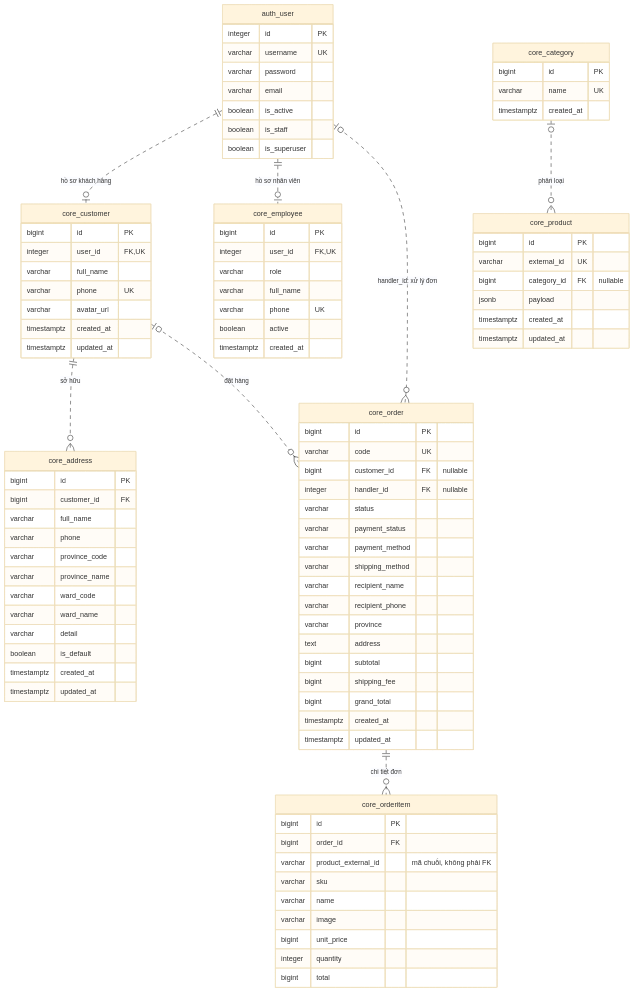
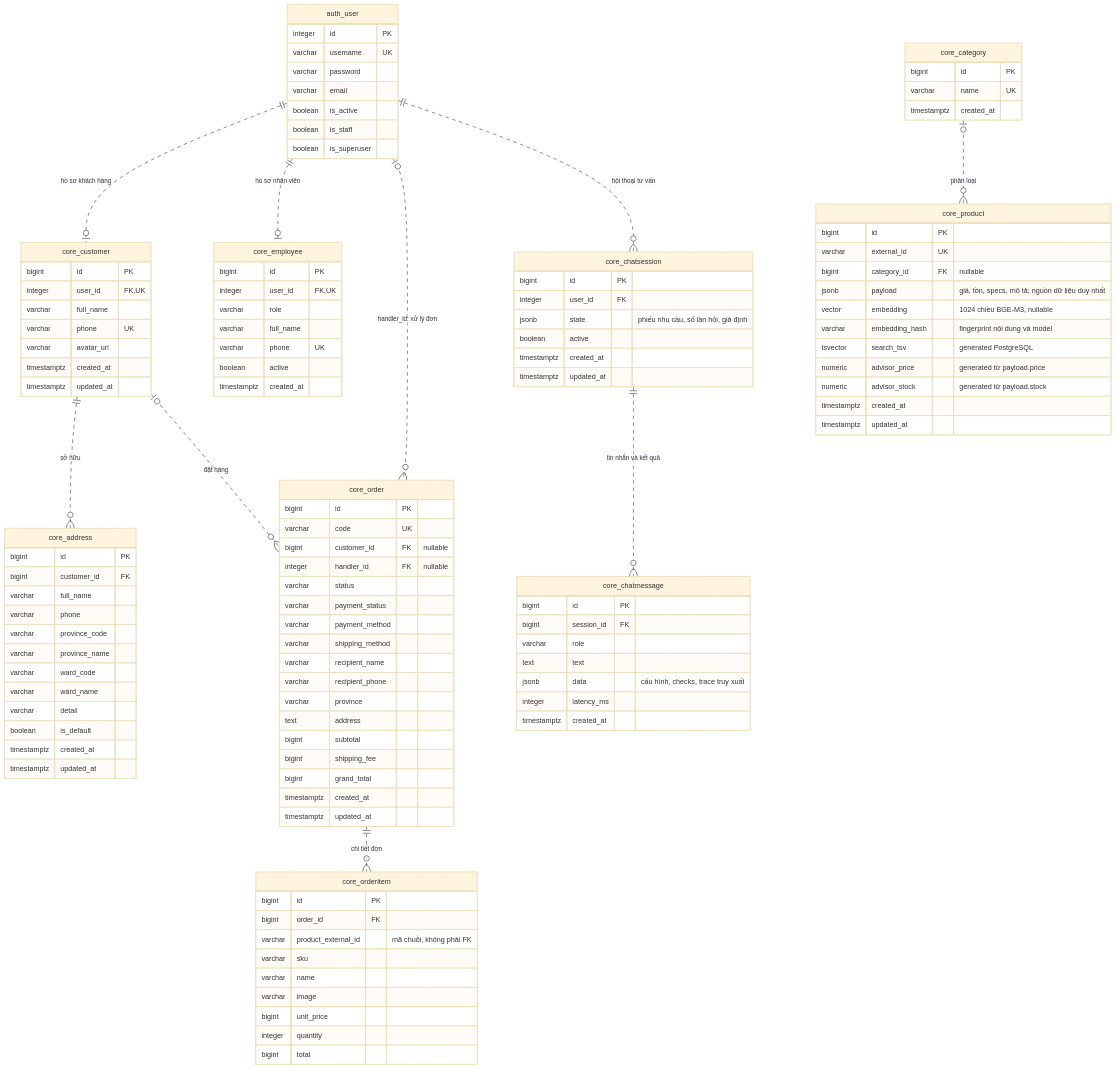
One commit to Ngocvyy6868/doan_tn changed the first of 2 diagrams in docs/database-erd.md. Above: the diagram before and after it, drawn with Mermaid (base theme). The commit also changed other lines of this file and 148 other files, not shown here.

```diff
--- a/docs/database-erd.md
+++ b/docs/database-erd.md
@@ -17,6 +17,26 @@
     core_customer |o..o{ core_order : "đặt hàng"
     core_category |o..o{ core_product : "phân loại"
     core_order ||..o{ core_orderitem : "chi tiết đơn"
+    auth_user ||..o{ core_chatsession : "hội thoại tư vấn"
+    core_chatsession ||..o{ core_chatmessage : "tin nhắn và kết quả"
+
+    core_chatsession {
+        bigint id PK
+        integer user_id FK
+        jsonb state "phiếu nhu cầu, số lần hỏi, giả định"
+        boolean active
+        timestamptz created_at
+        timestamptz updated_at
+    }
+    core_chatmessage {
+        bigint id PK
+        bigint session_id FK
+        varchar role
+        text text
+        jsonb data "cấu hình, checks, trace truy xuất"
+        integer latency_ms
+        timestamptz created_at
+    }
 
     auth_user {
         integer id PK
@@ -68,7 +88,12 @@
         bigint id PK
         varchar external_id UK
         bigint category_id FK "nullable"
-        jsonb payload
+        jsonb payload "giá, tồn, specs, mô tả; nguồn dữ liệu duy nhất"
+        vector embedding "1024 chiều BGE-M3, nullable"
+        varchar embedding_hash "fingerprint nội dung và model"
+        tsvector search_tsv "generated PostgreSQL"
+        numeric advisor_price "generated từ payload.price"
+        numeric advisor_stock "generated từ payload.stock"
         timestamptz created_at
         timestamptz updated_at
     }
```
